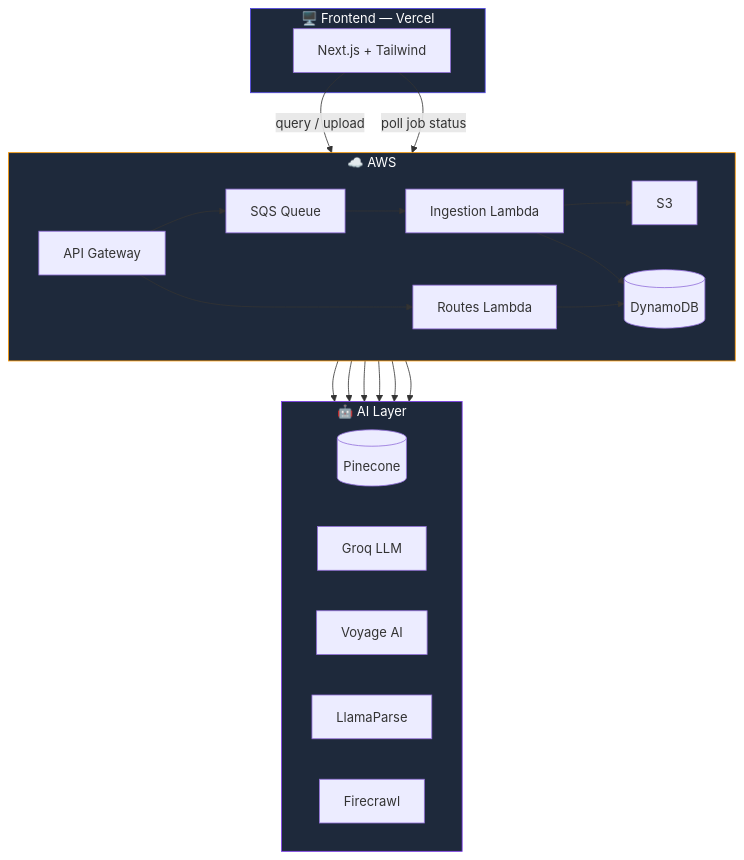
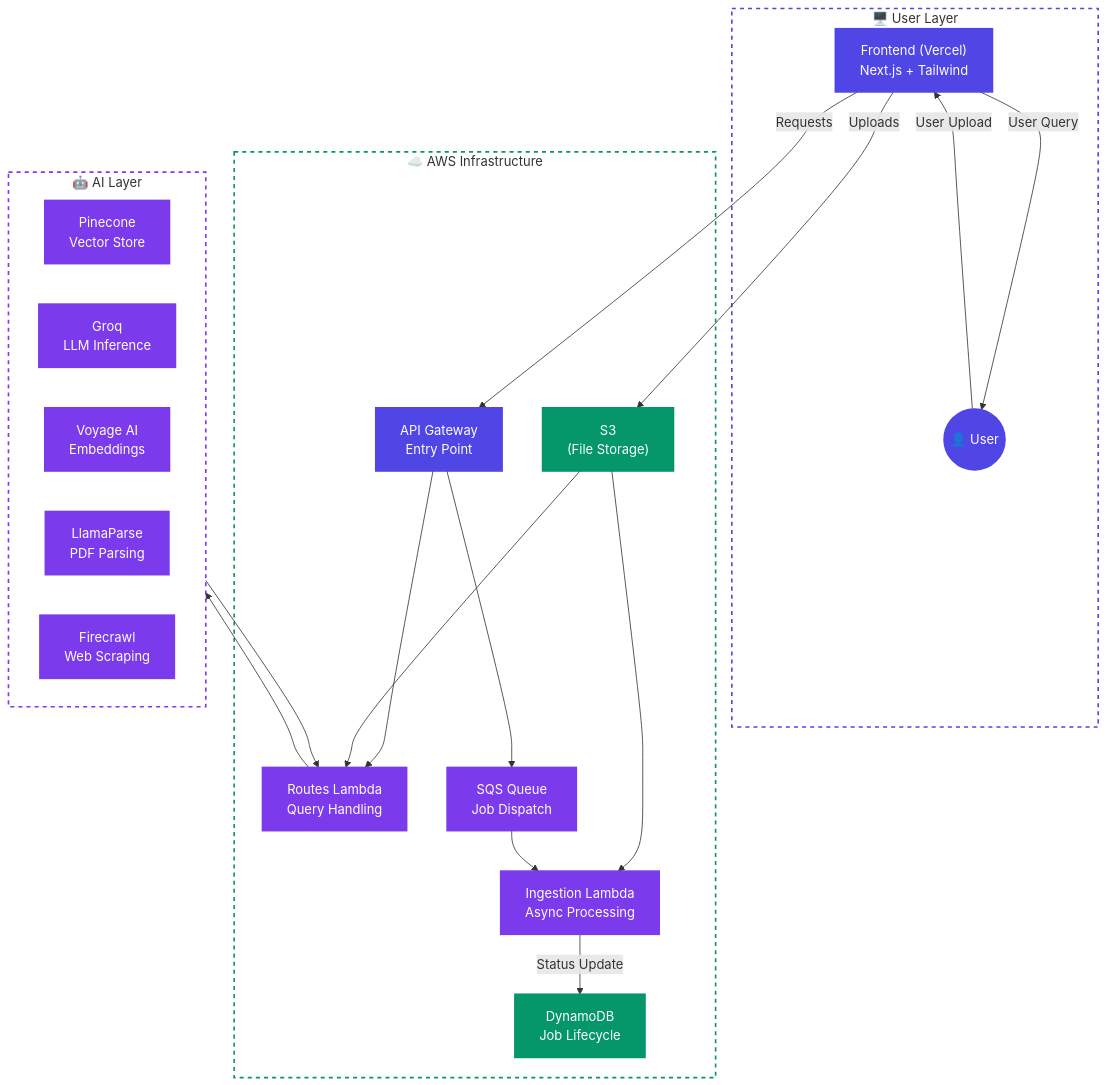
The fourth of 4 diagrams in README.md (Bhavesh42833/ScholarNote), drawn with Mermaid before and after one commit.

````diff
--- a/README.md
+++ b/README.md
@@ -230,34 +229,64 @@
 ```mermaid
 flowchart TB
-    subgraph FE["🖥️ Frontend — Vercel"]
-        UI[Next.js + Tailwind]
+    subgraph FE["🖥️ User Layer"]
+        UI["Frontend (Vercel)<br>Next.js + Tailwind"]
+        USER(("👤 User"))
     end
 
-    subgraph AWS["☁️ AWS"]
-        direction LR
-        AG[API Gateway] --> LR[Routes Lambda]
-        AG --> SQS[SQS Queue]
-        SQS --> LI[Ingestion Lambda]
-        LI --> S3[S3]
-        LI --> DDB[(DynamoDB)]
-        LR --> DDB
+    subgraph AWS["☁️ AWS Infrastructure"]
+        S3["S3<br>(File Storage)"]
+        AG["API Gateway<br>Entry Point"]
+        RL["Routes Lambda<br>Query Handling"]
+        SQS["SQS Queue<br>Job Dispatch"]
+        IL["Ingestion Lambda<br>Async Processing"]
+        DDB["DynamoDB<br>Job Lifecycle"]
     end
 
     subgraph AI["🤖 AI Layer"]
         direction LR
-        PC[(Pinecone)] 
-        GR[Groq LLM]
-        VA[Voyage AI]
-        LP[LlamaParse]
-        FC[Firecrawl]
+        PC["Pinecone<br>Vector Store"]
+        GR["Groq<br>LLM Inference"]
+        VA["Voyage AI<br>Embeddings"]
+        LP["LlamaParse<br>PDF Parsing"]
+        FC["Firecrawl<br>Web Scraping"]
     end
 
-    UI -->|query / upload| AG
-    UI -->|poll job status| AG
-    LI --> LP & FC & VA & PC
-    LR --> GR & PC
+    %% User Interactions
+    UI -->|User Query| USER
+    USER -->|User Upload| UI
 
-    style FE fill:#1e293b,color:#fff,stroke:#4F46E5
-    style AWS fill:#1e293b,color:#fff,stroke:#FF9900
-    style AI fill:#1e293b,color:#fff,stroke:#7C3AED
+    %% Frontend to AWS
+    UI -->|Uploads| S3
+    UI -->|Requests| AG
+
+    %% AWS Internal Routing
+    AG --> SQS
+    AG --> RL
+    S3 --> RL
+    S3 --> IL
+    SQS --> IL
+    IL -->|Status Update| DDB
+
+    %% Connections to AI Layer
+    RL --> GR
+    FC --> RL
+
+    %% --- Thematic Styling ---
+    classDef indigo fill:#4F46E5,color:#fff,stroke:#4F46E5,stroke-width:2px
+    classDef purple fill:#7C3AED,color:#fff,stroke:#7C3AED,stroke-width:2px
+    classDef emerald fill:#059669,color:#fff,stroke:#059669,stroke-width:2px
+
+    %% Apply Indigo (Entry/UI)
+    class USER,UI,AG indigo
+    
+    %% Apply Purple (Compute/Processing/AI)
+    class RL,SQS,IL,PC,GR,VA,LP,FC purple
+    
+    %% Apply Emerald Green (Storage/Data)
+    class S3,DDB emerald
+
+    %% Subgraph borders matched to their dominant content color
+    style FE fill:none,stroke:#4F46E5,stroke-width:2px,stroke-dasharray: 5 5
+    style AWS fill:none,stroke:#059669,stroke-width:2px,stroke-dasharray: 5 5
+    style AI fill:none,stroke:#7C3AED,stroke-width:2px,stroke-dasharray: 5 5
 ```
````
